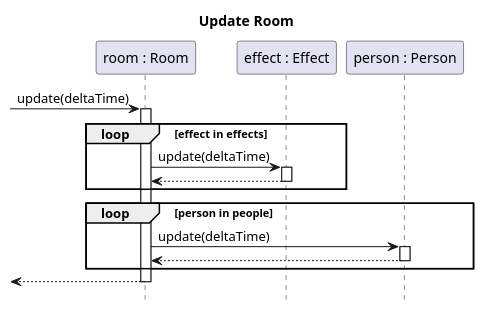
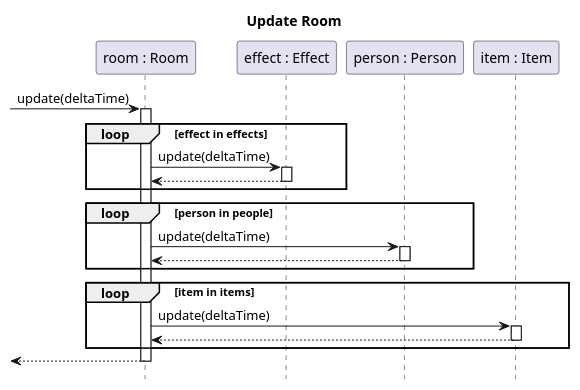
The diagram in docs/diagrams/sequence/room-update.puml (sn4k3ch4rm3r/logarlec), drawn with PlantUML before and after one commit. The commit also changed 4 other files, not shown here.

Commit message:
added consistency across diagrams

```diff
--- a/docs/diagrams/sequence/room-update.puml
+++ b/docs/diagrams/sequence/room-update.puml
@@ -1,21 +1,26 @@
 @startuml room-update
 title Update Room
 hide footbox
 autoactivate on
 
 participant "room : Room" as room
 participant "effect : Effect" as effect
 participant "person : Person" as person
+participant "item : Item" as item
 
 [-> room : update(deltaTime)
 loop effect in effects
 	room -> effect : update(deltaTime)
 	return
 end
 loop person in people
 	room -> person : update(deltaTime)
 	return
 end
+loop item in items
+	room -> item : update(deltaTime)
+	return
+end
 return
 
 @enduml
```
